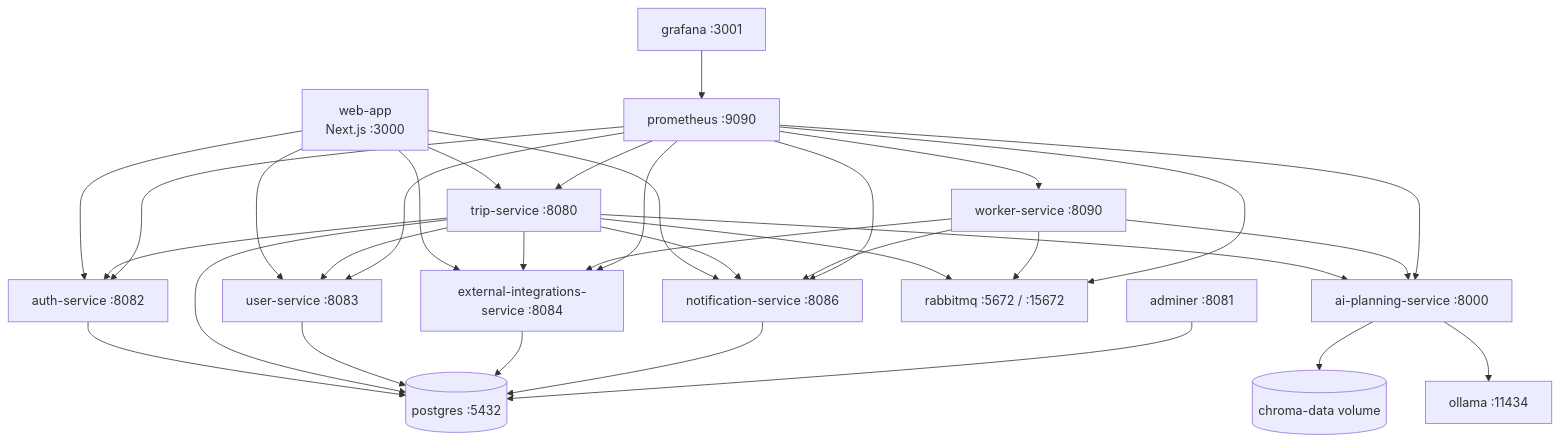
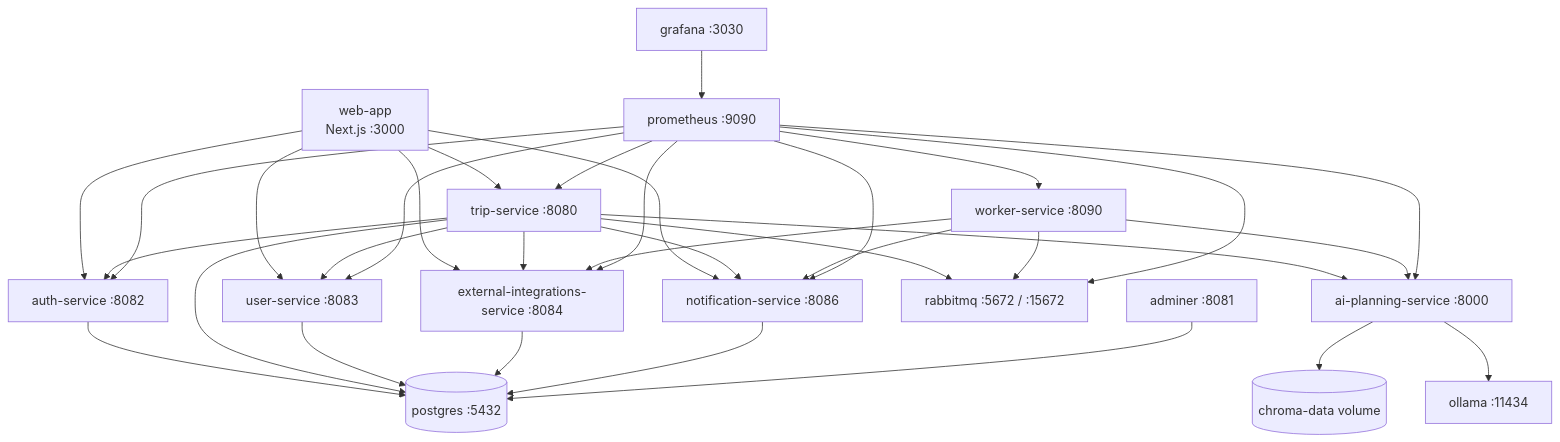
Before and after one commit to KovalenkoDima236961/Travel_Ai_App: the first of 2 diagrams in infra/README.md, drawn with Mermaid. The commit also changed other lines of this file and 2 other files, not shown here.

Commit message:
chore: updated port for grafana to prevent the errors

````diff
--- a/infra/README.md
+++ b/infra/README.md
@@ -27,39 +27,39 @@
 ```mermaid
 flowchart TD
     Web["web-app<br/>Next.js :3000"] --> Auth["auth-service :8082"]
     Web --> Trip["trip-service :8080"]
     Web --> User["user-service :8083"]
     Web --> External["external-integrations-service :8084"]
     Web --> Notify["notification-service :8086"]
 
     Trip --> AI["ai-planning-service :8000"]
     Trip --> Rabbit["rabbitmq :5672 / :15672"]
     Trip --> External
     Trip --> Notify
     Trip --> User
     Trip --> Auth
 
     Worker["worker-service :8090"] --> Rabbit
     Worker --> AI
     Worker --> External
     Worker --> Notify
 
     Auth --> Postgres[("postgres :5432")]
     Trip --> Postgres
     User --> Postgres
     External --> Postgres
     Notify --> Postgres
     AI --> Chroma[("chroma-data volume")]
     AI --> Ollama["ollama :11434"]
 
     Prom["prometheus :9090"] --> Auth
     Prom --> Trip
     Prom --> User
     Prom --> External
     Prom --> Notify
     Prom --> AI
     Prom --> Worker
     Prom --> Rabbit
-    Grafana["grafana :3001"] --> Prom
+    Grafana["grafana :3030"] --> Prom
     Adminer["adminer :8081"] --> Postgres
 ```
````
